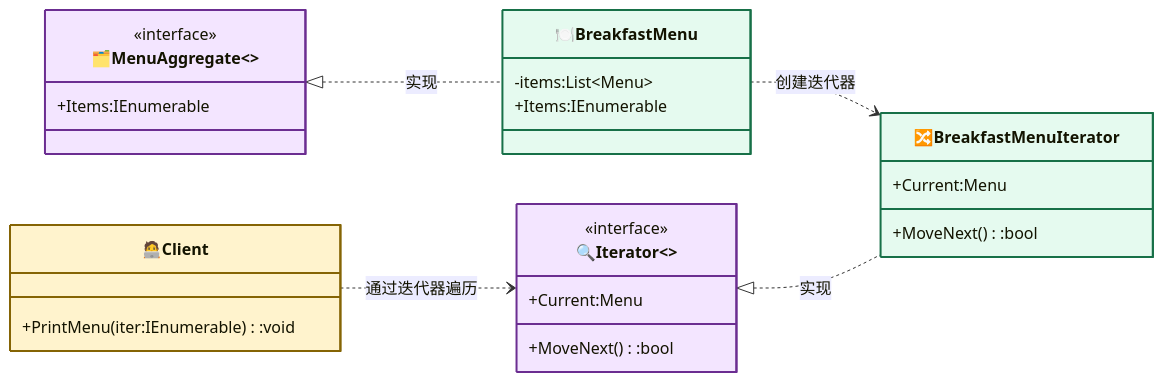
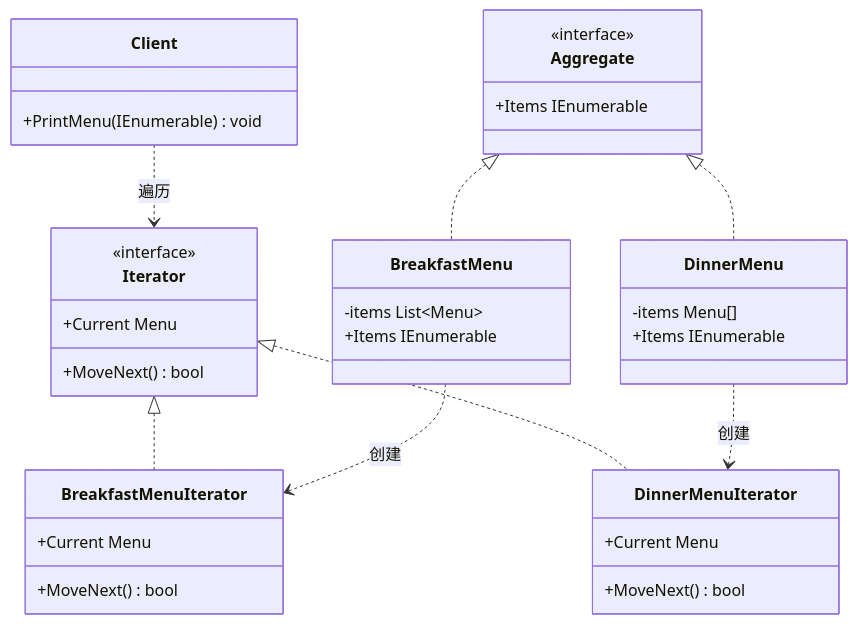
The second of 2 diagrams in IteratorPattern/README.md (hollson/design_patterns), drawn with Mermaid before and after one commit. The commit also changed other lines of this file and 19 other files, not shown here.

````diff
--- a/IteratorPattern/README.md
+++ b/IteratorPattern/README.md
@@ -20,35 +46,39 @@
 ```mermaid
-%%{init: {"classDiagram": {"useMarkdownLabels": true}} }%%
 classDiagram
-    direction LR
-
-    class Client["🧑‍💻Client"]:::contextCls{
-        +PrintMenu(iter:IEnumerable):void
+    class Iterator {
+        <<interface>>
+        +MoveNext() bool
+        +Current Menu
     }
-    class Aggregate["🗂️MenuAggregate<<interface>>"]:::strategyCls{
+    class Aggregate {
         <<interface>>
-        +Items:IEnumerable
+        +Items IEnumerable
     }
-    class Iterator["🔍Iterator<<interface>>"]:::strategyCls{
-        <<interface>>
-        +MoveNext():bool
-        +Current:Menu
+    class BreakfastMenu {
+        -items List~Menu~
+        +Items IEnumerable
     }
-    class ConcreteAggregate["🍽️BreakfastMenu"]:::concreteCls{
-        -items:List~Menu~
-        +Items:IEnumerable
+    class DinnerMenu {
+        -items Menu[]
+        +Items IEnumerable
     }
-    class ConcreteIterator["🔀BreakfastMenuIterator"]:::concreteCls{
-        +MoveNext():bool
-        +Current:Menu
+    class BreakfastMenuIterator {
+        +MoveNext() bool
+        +Current Menu
+    }
+    class DinnerMenuIterator {
+        +MoveNext() bool
+        +Current Menu
+    }
+    class Client {
+        +PrintMenu(IEnumerable) void
     }
 
-    Client ..> Iterator : 通过迭代器遍历
-    ConcreteAggregate ..> ConcreteIterator : 创建迭代器
-    Iterator <|.. ConcreteIterator : 实现
-    Aggregate <|.. ConcreteAggregate : 实现
-
-    classDef contextCls fill:#fff3cd,stroke:#856404,stroke-width:2px
-    classDef strategyCls fill:#f3e5ff,stroke:#6b2d91,stroke-width:2px
-    classDef concreteCls fill:#e5faef,stroke:#177048,stroke-width:2px
+    Client ..> Iterator : 遍历
+    Aggregate <|.. BreakfastMenu
+    Aggregate <|.. DinnerMenu
+    Iterator <|.. BreakfastMenuIterator
+    Iterator <|.. DinnerMenuIterator
+    BreakfastMenu ..> BreakfastMenuIterator : 创建
+    DinnerMenu ..> DinnerMenuIterator : 创建
 ```
````
